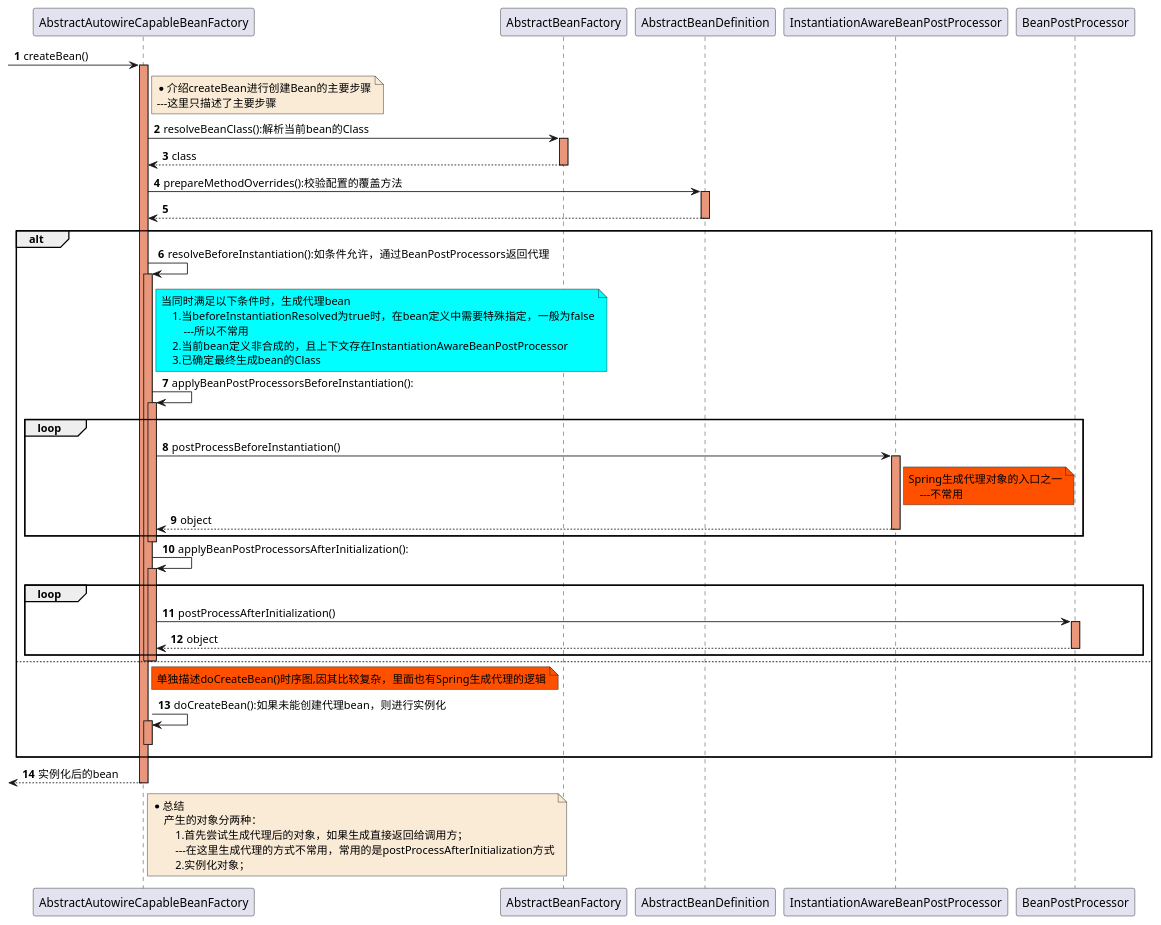
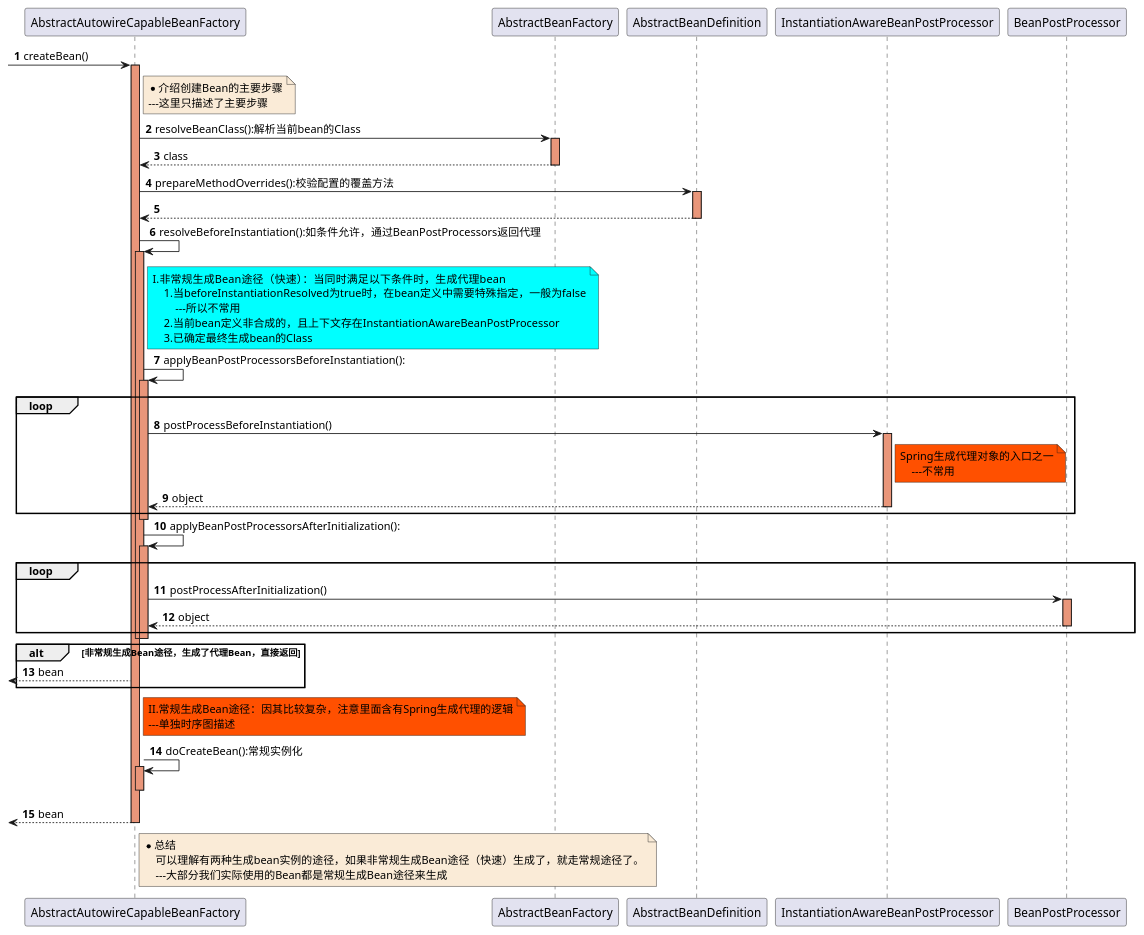
Before and after one commit to czwer/learn-spring-code: the diagram in document/spring/base/sequence/Bean-Instantiation-2-AbstractAutowireCapableBeanFactory_createBean-sequence.puml, drawn with PlantUML. The commit also changed 26 other files, not shown here.

```diff
--- a/document/spring/base/sequence/Bean-Instantiation-2-AbstractAutowireCapableBeanFactory_createBean-sequence.puml
+++ b/document/spring/base/sequence/Bean-Instantiation-2-AbstractAutowireCapableBeanFactory_createBean-sequence.puml
@@ -1,83 +1,80 @@
 @startuml
 
 autonumber
 
 -> AbstractAutowireCapableBeanFactory: createBean()
 activate AbstractAutowireCapableBeanFactory #DarkSalmon
     note right of AbstractAutowireCapableBeanFactory #FAEBD7
-        *介绍createBean进行创建Bean的主要步骤
+        *介绍创建Bean的主要步骤
         ---这里只描述了主要步骤
     end note
 
     AbstractAutowireCapableBeanFactory -> AbstractBeanFactory: resolveBeanClass():解析当前bean的Class
     activate AbstractBeanFactory #DarkSalmon
     AbstractBeanFactory -->AbstractAutowireCapableBeanFactory: class
     deactivate AbstractBeanFactory
 
     AbstractAutowireCapableBeanFactory -> AbstractBeanDefinition: prepareMethodOverrides():校验配置的覆盖方法
     activate AbstractBeanDefinition #DarkSalmon
     AbstractBeanDefinition -->AbstractAutowireCapableBeanFactory
     deactivate AbstractBeanDefinition
 
-    alt
+    AbstractAutowireCapableBeanFactory -> AbstractAutowireCapableBeanFactory: resolveBeforeInstantiation():如条件允许，通过BeanPostProcessors返回代理
+    activate AbstractAutowireCapableBeanFactory #DarkSalmon
 
-        AbstractAutowireCapableBeanFactory -> AbstractAutowireCapableBeanFactory: resolveBeforeInstantiation():如条件允许，通过BeanPostProcessors返回代理
-        activate AbstractAutowireCapableBeanFactory #DarkSalmon
+    note right of AbstractAutowireCapableBeanFactory #aqua
+        I.非常规生成Bean途径（快速）：当同时满足以下条件时，生成代理bean
+            1.当beforeInstantiationResolved为true时，在bean定义中需要特殊指定，一般为false
+                ---所以不常用
+            2.当前bean定义非合成的，且上下文存在InstantiationAwareBeanPostProcessor
+            3.已确定最终生成bean的Class
+    end note
 
-        note right of AbstractAutowireCapableBeanFactory #aqua
-            当同时满足以下条件时，生成代理bean
-                1.当beforeInstantiationResolved为true时，在bean定义中需要特殊指定，一般为false
-                    ---所以不常用
-                2.当前bean定义非合成的，且上下文存在InstantiationAwareBeanPostProcessor
-                3.已确定最终生成bean的Class
-        end note
+    AbstractAutowireCapableBeanFactory -> AbstractAutowireCapableBeanFactory: applyBeanPostProcessorsBeforeInstantiation():
+    activate AbstractAutowireCapableBeanFactory #DarkSalmon
 
-        AbstractAutowireCapableBeanFactory -> AbstractAutowireCapableBeanFactory: applyBeanPostProcessorsBeforeInstantiation():
-        activate AbstractAutowireCapableBeanFactory #DarkSalmon
+        loop
+            AbstractAutowireCapableBeanFactory -> InstantiationAwareBeanPostProcessor:postProcessBeforeInstantiation()
+            activate InstantiationAwareBeanPostProcessor #DarkSalmon
+                note right of InstantiationAwareBeanPostProcessor #FF5000
+                    Spring生成代理对象的入口之一
+                        ---不常用
+                end note
+            InstantiationAwareBeanPostProcessor --> AbstractAutowireCapableBeanFactory:object
+            deactivate InstantiationAwareBeanPostProcessor
+        end
+    deactivate AbstractAutowireCapableBeanFactory
 
-            loop
-                AbstractAutowireCapableBeanFactory -> InstantiationAwareBeanPostProcessor:postProcessBeforeInstantiation()
-                activate InstantiationAwareBeanPostProcessor #DarkSalmon
-                    note right of InstantiationAwareBeanPostProcessor #FF5000
-                        Spring生成代理对象的入口之一
-                            ---不常用
-                    end note
-                InstantiationAwareBeanPostProcessor --> AbstractAutowireCapableBeanFactory:object
-                deactivate InstantiationAwareBeanPostProcessor
-            end
-        deactivate AbstractAutowireCapableBeanFactory
+    AbstractAutowireCapableBeanFactory -> AbstractAutowireCapableBeanFactory: applyBeanPostProcessorsAfterInitialization():
+    activate AbstractAutowireCapableBeanFactory #DarkSalmon
+        loop
+            AbstractAutowireCapableBeanFactory -> BeanPostProcessor:postProcessAfterInitialization()
+            activate BeanPostProcessor #DarkSalmon
+            BeanPostProcessor --> AbstractAutowireCapableBeanFactory:object
+            deactivate BeanPostProcessor
+        end
+    deactivate AbstractAutowireCapableBeanFactory
 
-        AbstractAutowireCapableBeanFactory -> AbstractAutowireCapableBeanFactory: applyBeanPostProcessorsAfterInitialization():
-        activate AbstractAutowireCapableBeanFactory #DarkSalmon
-            loop
-                AbstractAutowireCapableBeanFactory -> BeanPostProcessor:postProcessAfterInitialization()
-                activate BeanPostProcessor #DarkSalmon
-                BeanPostProcessor --> AbstractAutowireCapableBeanFactory:object
-                deactivate BeanPostProcessor
-            end
-        deactivate AbstractAutowireCapableBeanFactory
-
-        deactivate AbstractAutowireCapableBeanFactory
-
-    else
-
-        note right of AbstractAutowireCapableBeanFactory #FF5000
-            单独描述doCreateBean()时序图,因其比较复杂，里面也有Spring生成代理的逻辑
-        end note
-        AbstractAutowireCapableBeanFactory -> AbstractAutowireCapableBeanFactory: doCreateBean():如果未能创建代理bean，则进行实例化
-        activate AbstractAutowireCapableBeanFactory #DarkSalmon
-        deactivate AbstractAutowireCapableBeanFactory
+    deactivate AbstractAutowireCapableBeanFactory
+    alt 非常规生成Bean途径，生成了代理Bean，直接返回
+<-- AbstractAutowireCapableBeanFactory : bean
     end
 
-<-- AbstractAutowireCapableBeanFactory : 实例化后的bean
+    note right of AbstractAutowireCapableBeanFactory #FF5000
+        II.常规生成Bean途径：因其比较复杂，注意里面含有Spring生成代理的逻辑
+        ---单独时序图描述
+    end note
+    AbstractAutowireCapableBeanFactory -> AbstractAutowireCapableBeanFactory: doCreateBean():常规实例化
+    activate AbstractAutowireCapableBeanFactory #DarkSalmon
+    deactivate AbstractAutowireCapableBeanFactory
+
+<-- AbstractAutowireCapableBeanFactory : bean
 deactivate AbstractAutowireCapableBeanFactory
 
     note right of AbstractAutowireCapableBeanFactory #FAEBD7
         *总结
-            产生的对象分两种：
-                1.首先尝试生成代理后的对象，如果生成直接返回给调用方；
-                ---在这里生成代理的方式不常用，常用的是postProcessAfterInitialization方式
-                2.实例化对象；
+            可以理解有两种生成bean实例的途径，如果非常规生成Bean途径（快速）生成了，就走常规途径了。
+            ---大部分我们实际使用的Bean都是常规生成Bean途径来生成
     end note
 
 @enduml
```
